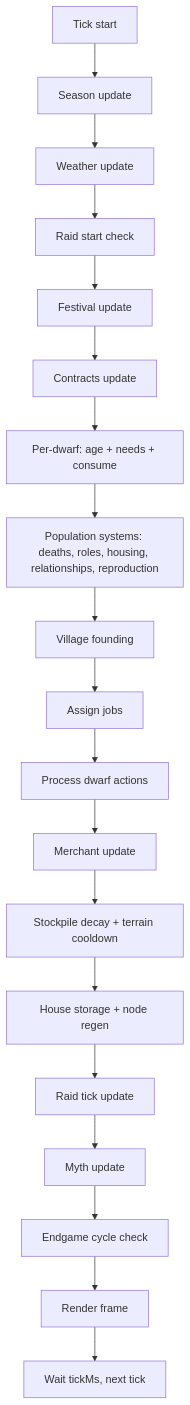
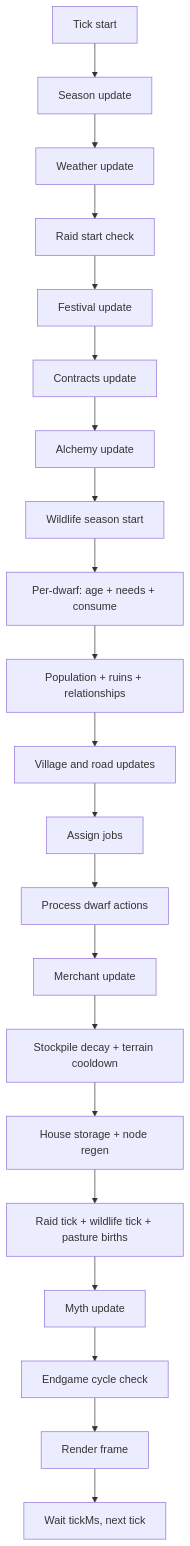
One commit to Gladiak/nodeDwarves changed the diagram in MANUAL.md. Above: the diagram before and after it, drawn with Mermaid. The commit also changed other lines of this file and 22 other files, not shown here.

````diff
--- a/MANUAL.md
+++ b/MANUAL.md
@@ -130,21 +138,23 @@
 ```mermaid
 flowchart TD
   A[Tick start] --> B[Season update]
   B --> C[Weather update]
   C --> D[Raid start check]
   D --> E[Festival update]
   E --> F[Contracts update]
-  F --> G[Per-dwarf: age + needs + consume]
-  G --> H[Population systems: deaths, roles, housing, relationships, reproduction]
-  H --> I[Village founding]
-  I --> J[Assign jobs]
-  J --> K[Process dwarf actions]
-  K --> L[Merchant update]
-  L --> M[Stockpile decay + terrain cooldown]
-  M --> N[House storage + node regen]
-  N --> O[Raid tick update]
-  O --> P[Myth update]
-  P --> Q[Endgame cycle check]
-  Q --> R[Render frame]
-  R --> S[Wait tickMs, next tick]
+  F --> G[Alchemy update]
+  G --> H[Wildlife season start]
+  H --> I[Per-dwarf: age + needs + consume]
+  I --> J[Population + ruins + relationships]
+  J --> K[Village and road updates]
+  K --> L[Assign jobs]
+  L --> M[Process dwarf actions]
+  M --> N[Merchant update]
+  N --> O[Stockpile decay + terrain cooldown]
+  O --> P[House storage + node regen]
+  P --> Q[Raid tick + wildlife tick + pasture births]
+  Q --> R[Myth update]
+  R --> S[Endgame cycle check]
+  S --> T[Render frame]
+  T --> U[Wait tickMs, next tick]
 ```
````
